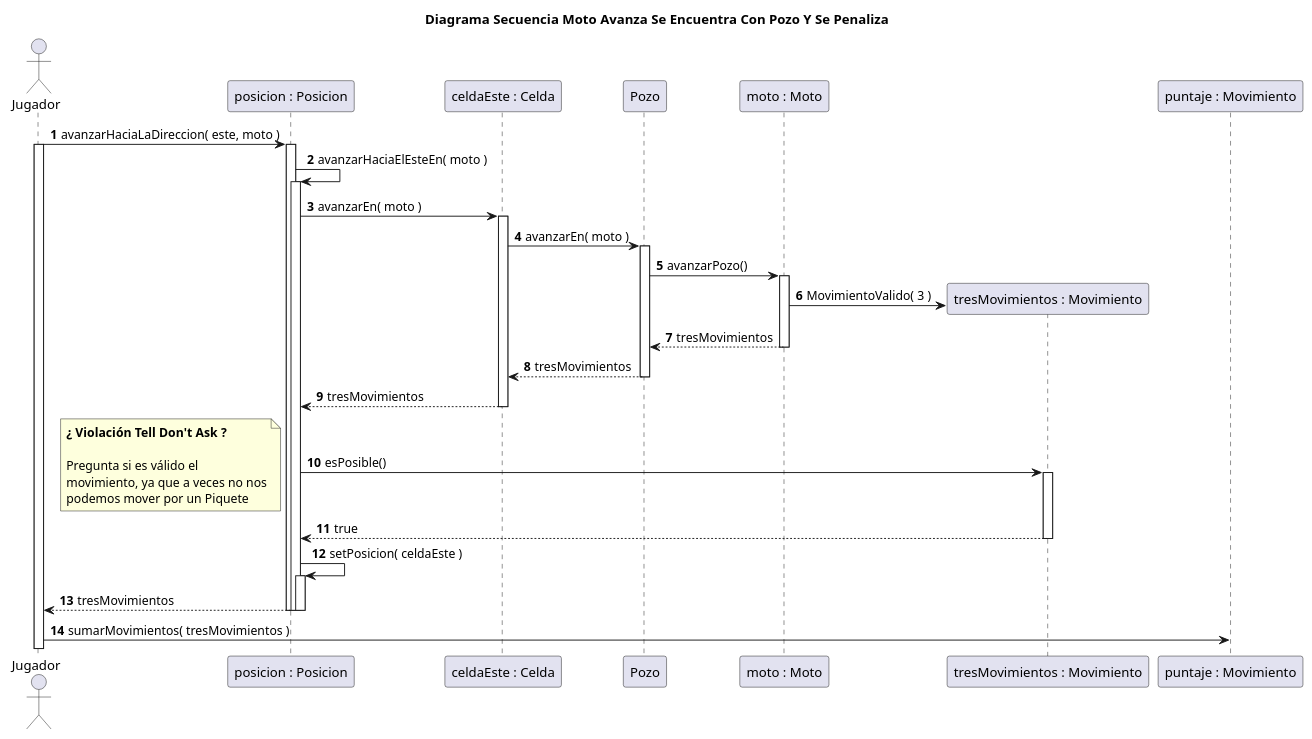
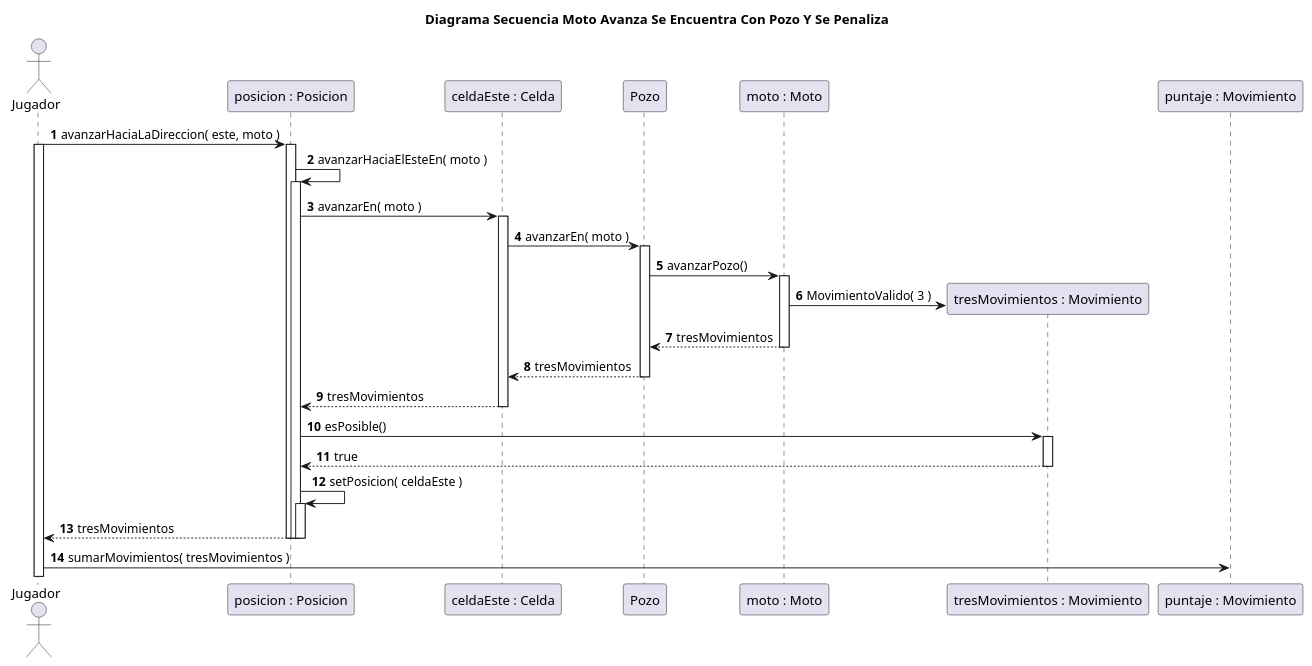
One commit to rodrigovzq/algo3_tp2 changed the diagram in diagrams/borradores/v2/puml/DiagramaSecuenciaCasoConPozoEnMoto.puml. Above: the diagram before and after it, drawn with PlantUML. The commit also changed 21 other files, not shown here.

Commit message:
Removi notas diagramas de secuencia, simplifique diagramas de clase

```diff
--- a/diagrams/borradores/v2/puml/DiagramaSecuenciaCasoConPozoEnMoto.puml
+++ b/diagrams/borradores/v2/puml/DiagramaSecuenciaCasoConPozoEnMoto.puml
@@ -1,48 +1,41 @@
 @startuml
 title Diagrama Secuencia Moto Avanza Se Encuentra Con Pozo Y Se Penaliza
 
 autonumber
 
 actor Jugador
 
 Jugador -> "posicion : Posicion"++: avanzarHaciaLaDireccion( este, moto )
 
 activate Jugador
 "posicion : Posicion" -> "posicion : Posicion"++: avanzarHaciaElEsteEn( moto )
 
 "posicion : Posicion" -> "celdaEste : Celda"++: avanzarEn( moto )
 
 "celdaEste : Celda" -> Pozo++: avanzarEn( moto )
 Pozo -> "moto : Moto"++: avanzarPozo()
 create "tresMovimientos : Movimiento"
 "moto : Moto" -> "tresMovimientos : Movimiento": MovimientoValido( 3 )
 "moto : Moto" --> Pozo: tresMovimientos
 deactivate "moto : Moto"
 Pozo --> "celdaEste : Celda": tresMovimientos
 deactivate Pozo
 "celdaEste : Celda" --> "posicion : Posicion"--: tresMovimientos
 deactivate "celdaEste : Celda"
 
 
 "tresMovimientos : Movimiento" <- "posicion : Posicion"++: esPosible()
 
-note left
-**¿ Violación Tell Don't Ask ?**
-
-Pregunta si es válido el
-movimiento, ya que a veces no nos
-podemos mover por un Piquete
-end note
 
 "tresMovimientos : Movimiento" --> "posicion : Posicion": true
 deactivate "tresMovimientos : Movimiento"
 "posicion : Posicion" -> "posicion : Posicion"++: setPosicion( celdaEste )
 
 
 "posicion : Posicion" --> Jugador--: tresMovimientos
 deactivate "posicion : Posicion"
 deactivate "posicion : Posicion"
 
 Jugador -> "puntaje : Movimiento": sumarMovimientos( tresMovimientos )
 
 @enduml
```
